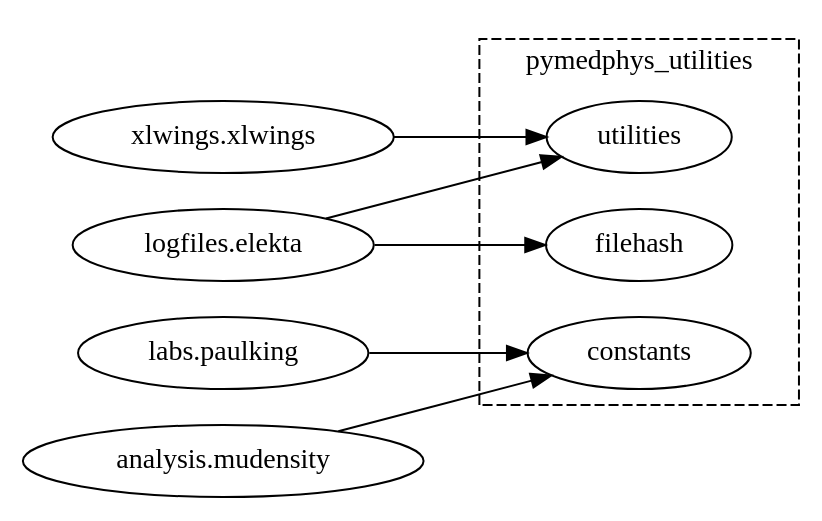
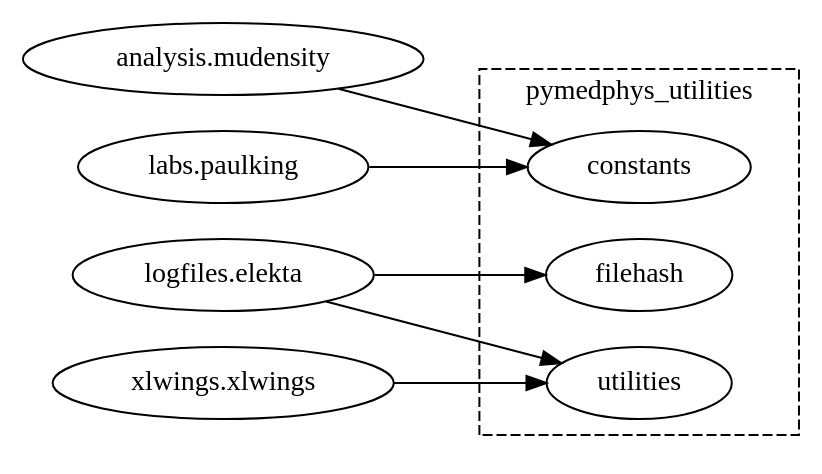
The diagram in docs/graphs/pymedphys_utilities.svg.dot (pymedphys/pymedphys), drawn with Graphviz before and after one commit. The commit also changed 17 other files, not shown here.

```diff
--- a/docs/graphs/pymedphys_utilities.svg.dot
+++ b/docs/graphs/pymedphys_utilities.svg.dot
@@ -1,32 +1,32 @@
 
         strict digraph  {
             graph [ordering="out"];
             rankdir = LR;
             subgraph cluster_0 {
                 "pymedphys_utilities.constants";
 "pymedphys_utilities.filehash";
 "pymedphys_utilities.utilities";
 
                 label = "pymedphys_utilities";
                 style = dashed;
                 
             { rank = same; "pymedphys_utilities.constants"; "pymedphys_utilities.filehash"; "pymedphys_utilities.utilities"; }
             
             }
-            "pymedphys_xlwings.xlwings" [label="xlwings.xlwings"];
+            "pymedphys_analysis.mudensity" [label="analysis.mudensity"];
+"pymedphys_labs.paulking" [label="labs.paulking"];
+"pymedphys_logfiles.elekta" [label="logfiles.elekta"];
+"pymedphys_utilities.constants" [label="constants"];
 "pymedphys_utilities.filehash" [label="filehash"];
-"pymedphys_logfiles.elekta" [label="logfiles.elekta"];
-"pymedphys_labs.paulking" [label="labs.paulking"];
 "pymedphys_utilities.utilities" [label="utilities"];
-"pymedphys_utilities.constants" [label="constants"];
-"pymedphys_analysis.mudensity" [label="analysis.mudensity"];
+"pymedphys_xlwings.xlwings" [label="xlwings.xlwings"];
 
             { rank = same; "pymedphys_analysis.mudensity"; "pymedphys_labs.paulking"; "pymedphys_logfiles.elekta"; "pymedphys_xlwings.xlwings"; }
 
             "pymedphys_analysis.mudensity" -> "pymedphys_utilities.constants";
 "pymedphys_labs.paulking" -> "pymedphys_utilities.constants";
 "pymedphys_logfiles.elekta" -> "pymedphys_utilities.filehash";
 "pymedphys_logfiles.elekta" -> "pymedphys_utilities.utilities";
 "pymedphys_xlwings.xlwings" -> "pymedphys_utilities.utilities";
 
         }
```
